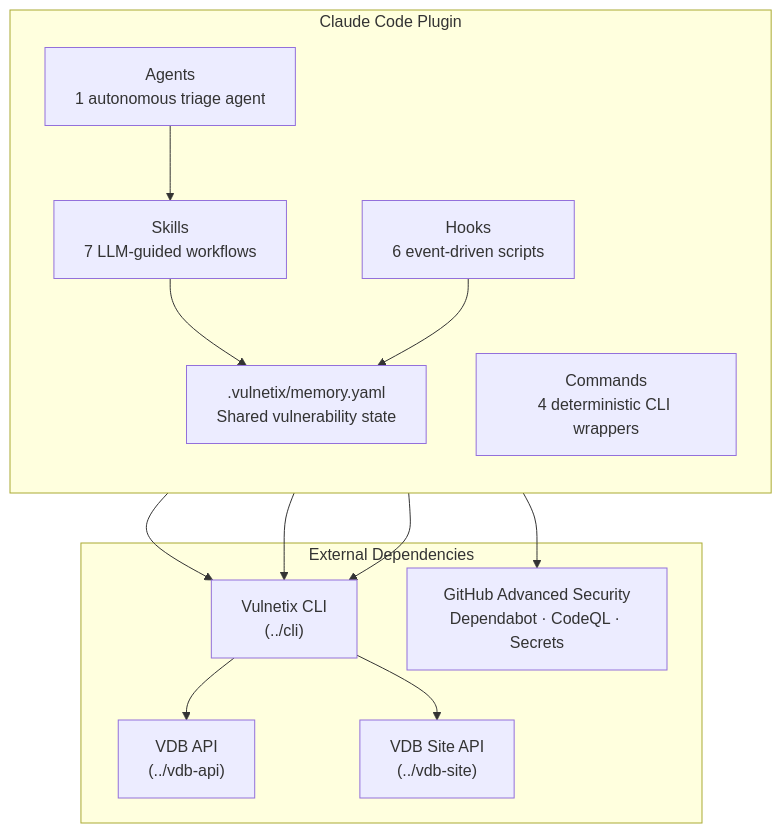
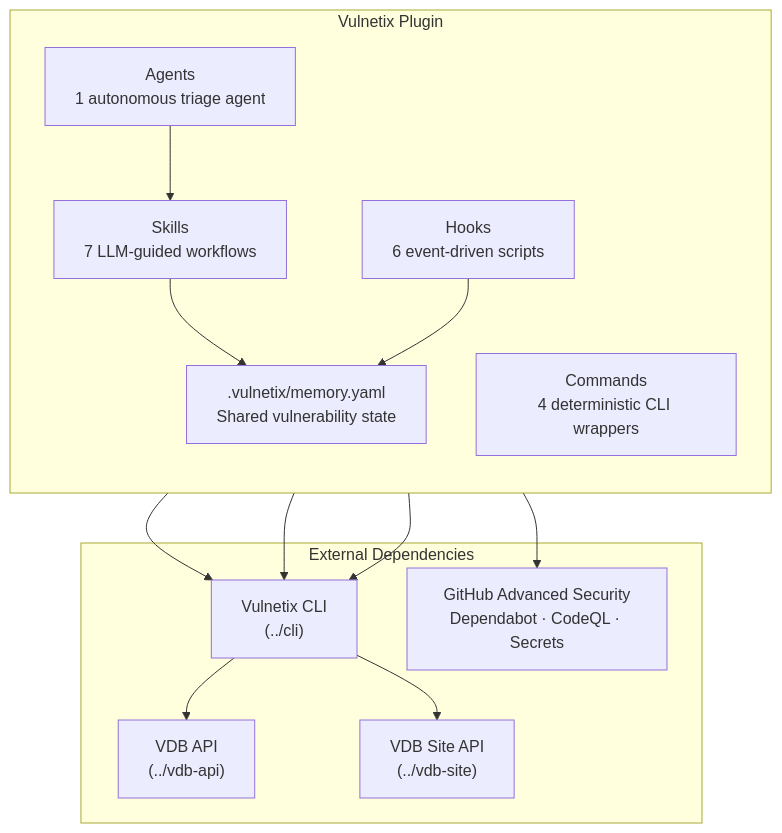
Before and after one commit to Vulnetix/claude-code-plugin: the first of 2 diagrams in _system.md, drawn with Mermaid. The commit also changed other lines of this file and 10 other files, not shown here.

First line of the commit message:
update: rebrand generic Claude Code references to AI Coding Agent

````diff
--- a/_system.md
+++ b/_system.md
@@ -7,29 +7,29 @@
 ```mermaid
 graph TB
-    subgraph "Claude Code Plugin"
+    subgraph "Vulnetix Plugin"
         direction TB
         SK[Skills<br/>7 LLM-guided workflows]
         CMD[Commands<br/>4 deterministic CLI wrappers]
         HK[Hooks<br/>6 event-driven scripts]
         AG[Agents<br/>1 autonomous triage agent]
         MEM[".vulnetix/memory.yaml<br/>Shared vulnerability state"]
     end
 
     subgraph "External Dependencies"
         CLI["Vulnetix CLI<br/>(../cli)"]
         API["VDB API<br/>(../vdb-api)"]
         SITE["VDB Site API<br/>(../vdb-site)"]
         GH["GitHub Advanced Security<br/>Dependabot · CodeQL · Secrets"]
     end
 
     SK --> MEM
     HK --> MEM
     AG --> SK
 
     SK --> CLI
     CMD --> CLI
     HK --> CLI
     CLI --> API
     CLI --> SITE
     SK --> GH
 ```
````
